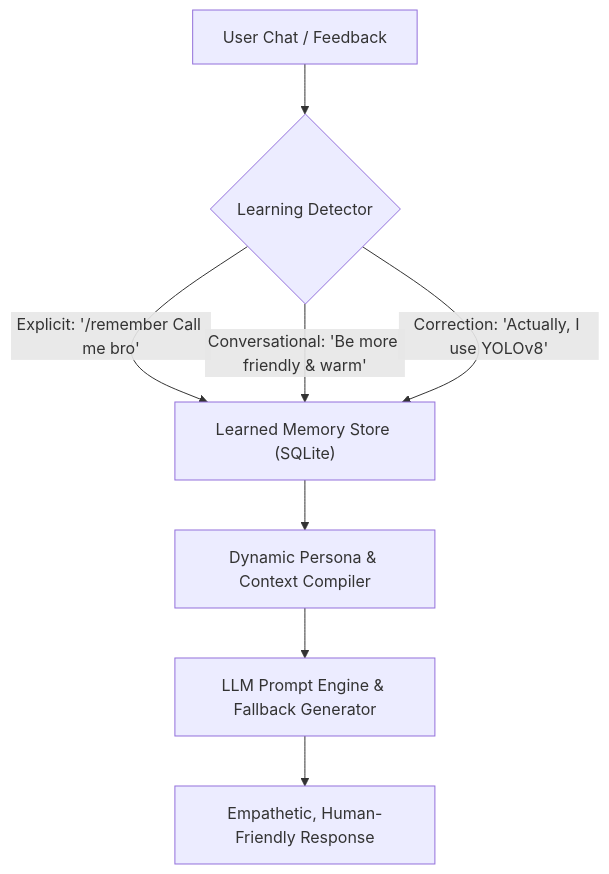
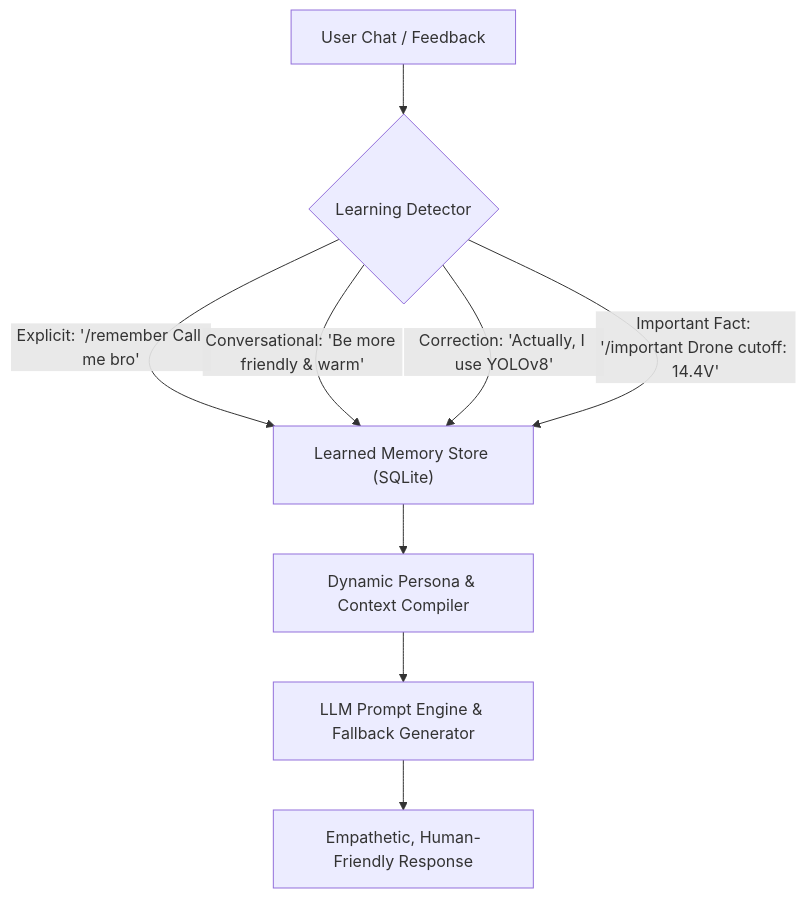
The fourth of 5 diagrams in README.md (Mohilc/meiyonpersonalai), drawn with Mermaid before and after one commit. The commit also changed other lines of this file and 1 other file, not shown here.

Commit message:
docs(readme): expand documentation with Zapier MCP ecosystem, task matrix, architecture, and 71/71 tests

````diff
--- a/README.md
+++ b/README.md
@@ -179,10 +249,11 @@
 ```mermaid
 flowchart TD
     User["User Chat / Feedback"] --> Parser{"Learning Detector"}
     Parser -->|"Explicit: '/remember Call me bro'"| MemBank["Learned Memory Store (SQLite)"]
     Parser -->|"Conversational: 'Be more friendly & warm'"| MemBank
     Parser -->|"Correction: 'Actually, I use YOLOv8'"| MemBank
+    Parser -->|"Important Fact: '/important Drone cutoff: 14.4V'"| MemBank
     MemBank --> Compiler["Dynamic Persona & Context Compiler"]
     Compiler --> LLM["LLM Prompt Engine & Fallback Generator"]
     LLM --> Response["Empathetic, Human-Friendly Response"]
 ```
````
